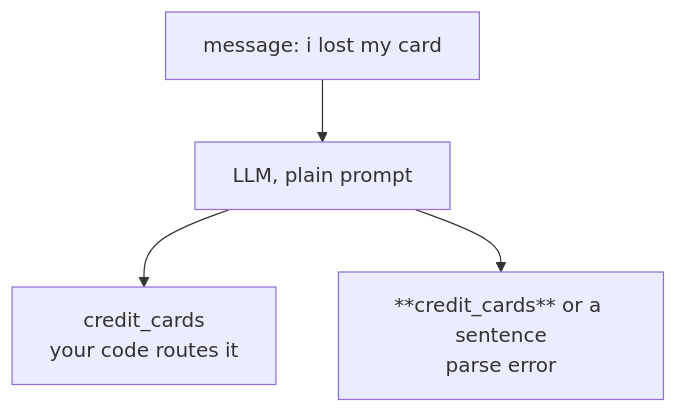
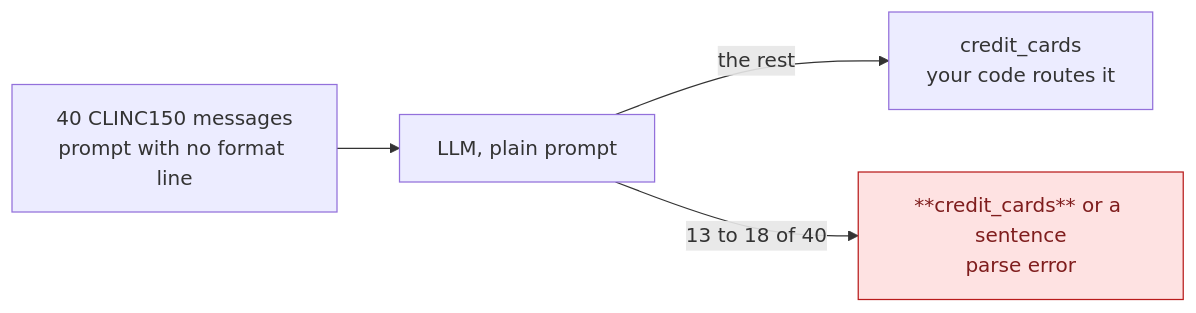
The first of 11 diagrams in imp_files/slides/module01_diagrams.md (axel-sirota/getting_started_jev), drawn with Mermaid before and after one commit. The commit also changed other lines of this file and 38 other files, not shown here.

Commit message:
Module 1: notebooks, diagrams and deck

````diff
--- a/imp_files/slides/module01_diagrams.md
+++ b/imp_files/slides/module01_diagrams.md
@@ -20,6 +20,8 @@
 ```mermaid
-flowchart TD
-  M["message: i lost my card"] --> L["LLM, plain prompt"]
-  L --> OK["credit_cards<br/>your code routes it"]
-  L --> BAD["**credit_cards** or a sentence<br/>parse error"]
+flowchart LR
+  M["40 CLINC150 messages<br/>prompt with no format line"] --> L["LLM, plain prompt"]
+  L -- "the rest" --> OK["credit_cards<br/>your code routes it"]
+  L -- "13 to 18 of 40" --> BAD["**credit_cards** or a sentence<br/>parse error"]
+  classDef bad fill:#FEE2E2,stroke:#B91C1C,color:#7F1D1D
+  class BAD bad
 ```
````
